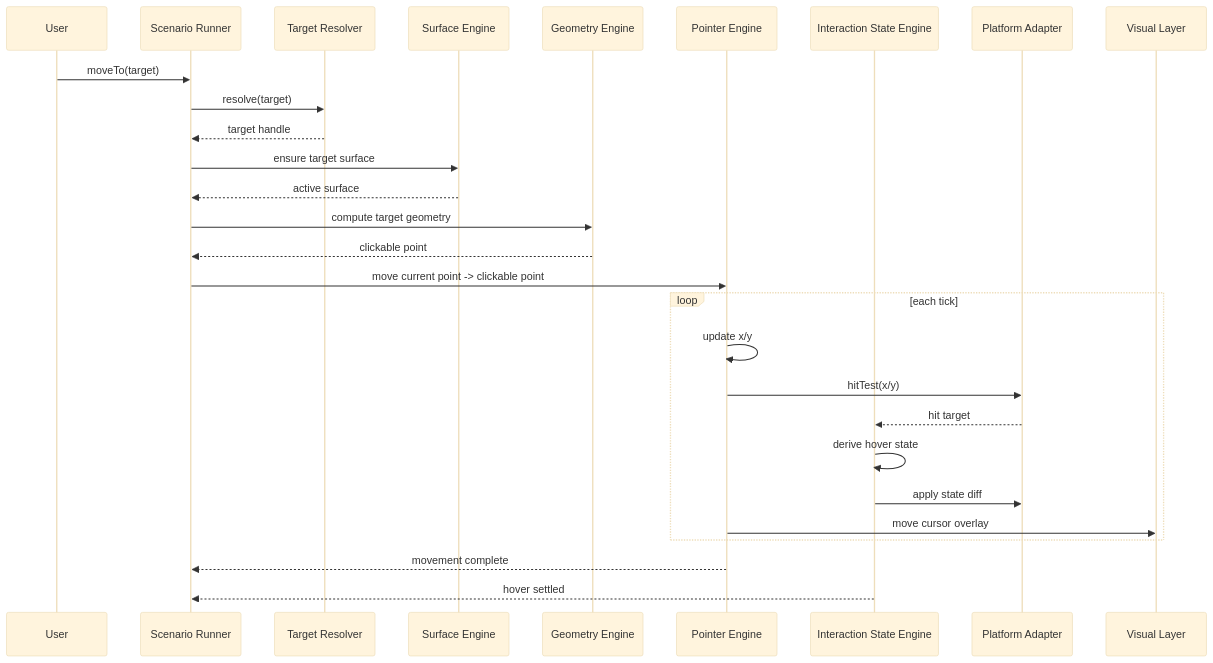
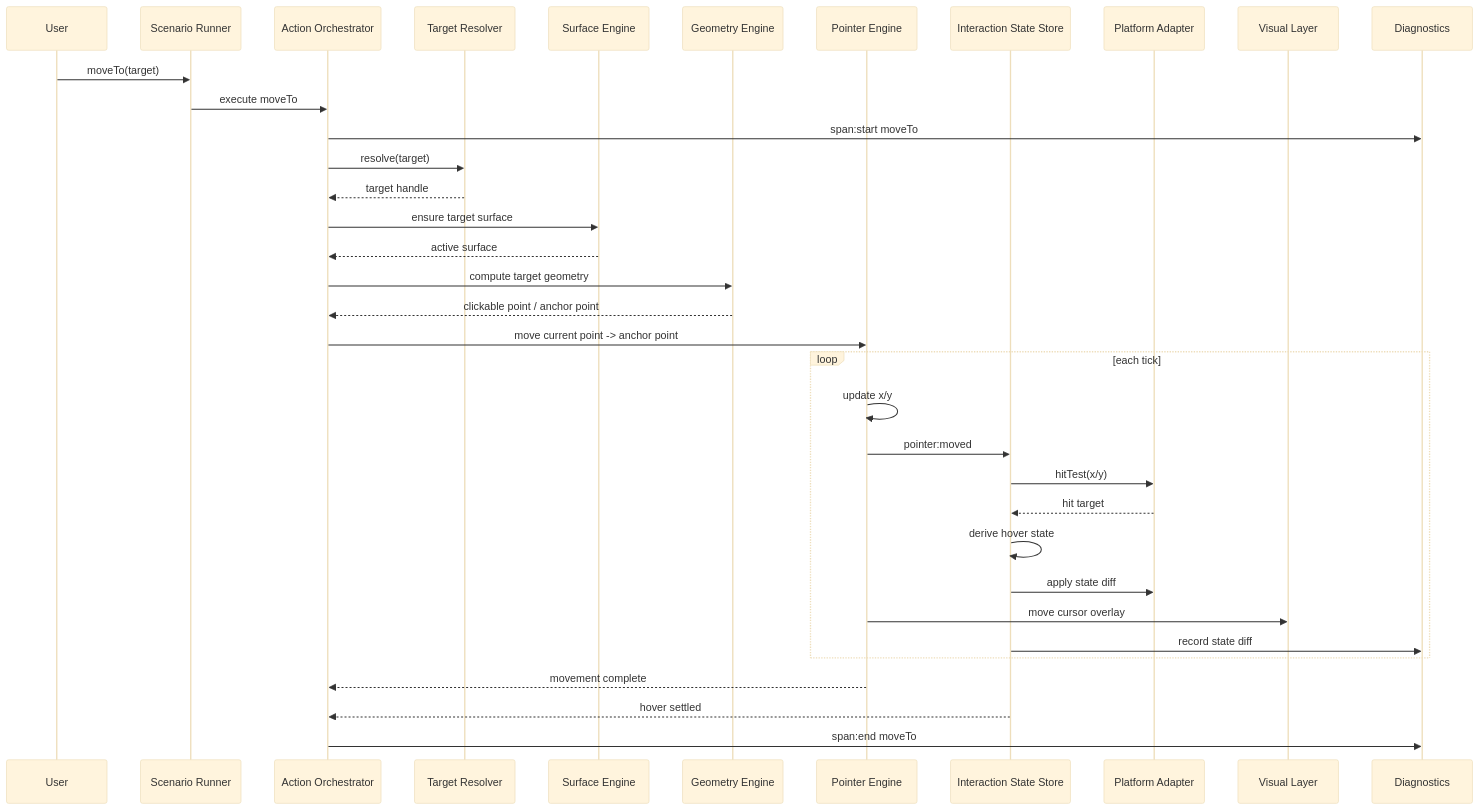
The third of 4 diagrams in docs/high-level-architecture.md (syi0808/actorble), drawn with Mermaid (base theme) before and after one commit. The commit also changed other lines of this file and 1 other file, not shown here.

Commit message:
update architecture draft docs

````diff
--- a/docs/high-level-architecture.md
+++ b/docs/high-level-architecture.md
@@ -438,36 +1228,45 @@
 ```mermaid
 sequenceDiagram
     participant User
     participant Runner as Scenario Runner
+    participant Orchestrator as Action Orchestrator
     participant Resolver as Target Resolver
     participant Surface as Surface Engine
     participant Geometry as Geometry Engine
     participant Pointer as Pointer Engine
-    participant State as Interaction State Engine
+    participant State as Interaction State Store
     participant Platform as Platform Adapter
     participant Visual as Visual Layer
+    participant Trace as Diagnostics
 
     User->>Runner: moveTo(target)
-    Runner->>Resolver: resolve(target)
-    Resolver-->>Runner: target handle
+    Runner->>Orchestrator: execute moveTo
 
-    Runner->>Surface: ensure target surface
-    Surface-->>Runner: active surface
+    Orchestrator->>Trace: span:start moveTo
 
-    Runner->>Geometry: compute target geometry
-    Geometry-->>Runner: clickable point
+    Orchestrator->>Resolver: resolve(target)
+    Resolver-->>Orchestrator: target handle
 
-    Runner->>Pointer: move current point -> clickable point
+    Orchestrator->>Surface: ensure target surface
+    Surface-->>Orchestrator: active surface
+
+    Orchestrator->>Geometry: compute target geometry
+    Geometry-->>Orchestrator: clickable point / anchor point
+
+    Orchestrator->>Pointer: move current point -> anchor point
 
     loop each tick
         Pointer->>Pointer: update x/y
-        Pointer->>Platform: hitTest(x/y)
+        Pointer->>State: pointer:moved
+        State->>Platform: hitTest(x/y)
         Platform-->>State: hit target
         State->>State: derive hover state
         State->>Platform: apply state diff
         Pointer->>Visual: move cursor overlay
+        State->>Trace: record state diff
     end
 
-    Pointer-->>Runner: movement complete
-    State-->>Runner: hover settled
+    Pointer-->>Orchestrator: movement complete
+    State-->>Orchestrator: hover settled
+    Orchestrator->>Trace: span:end moveTo
 ```
````
